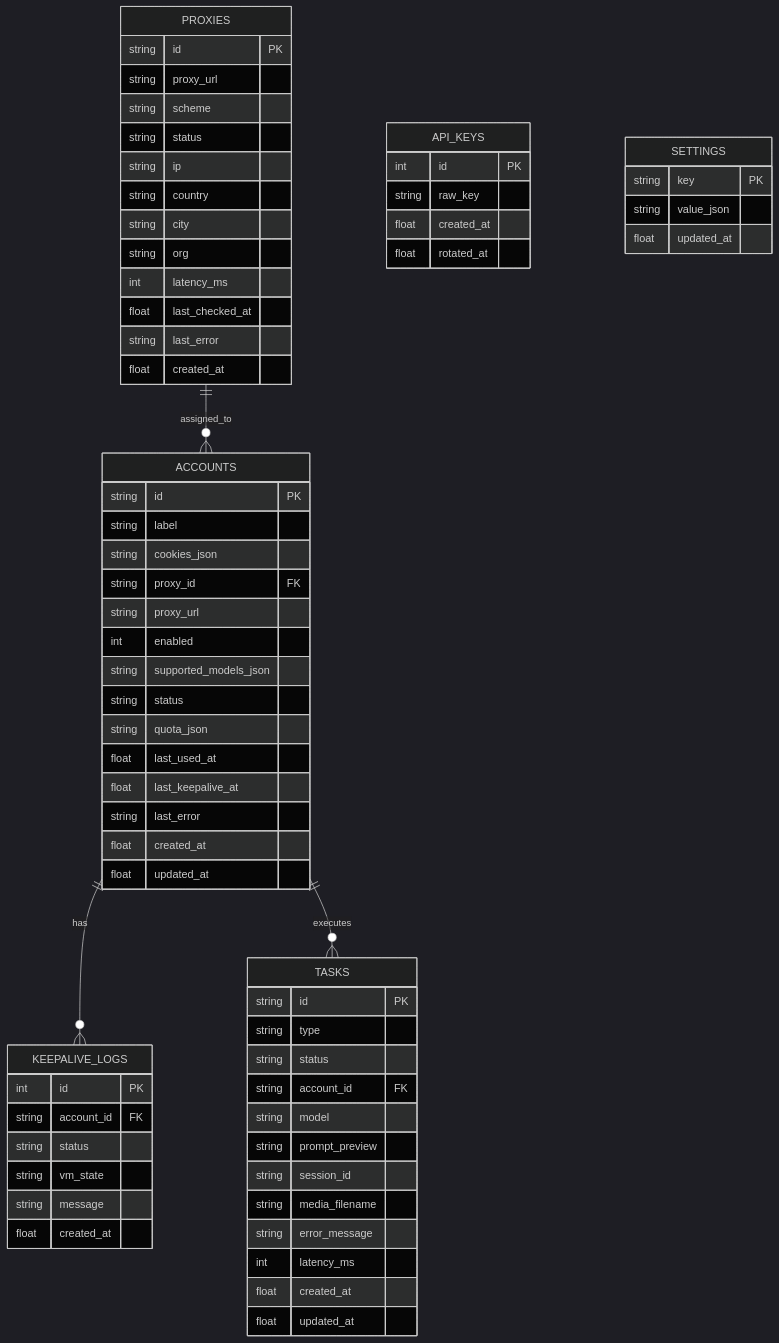
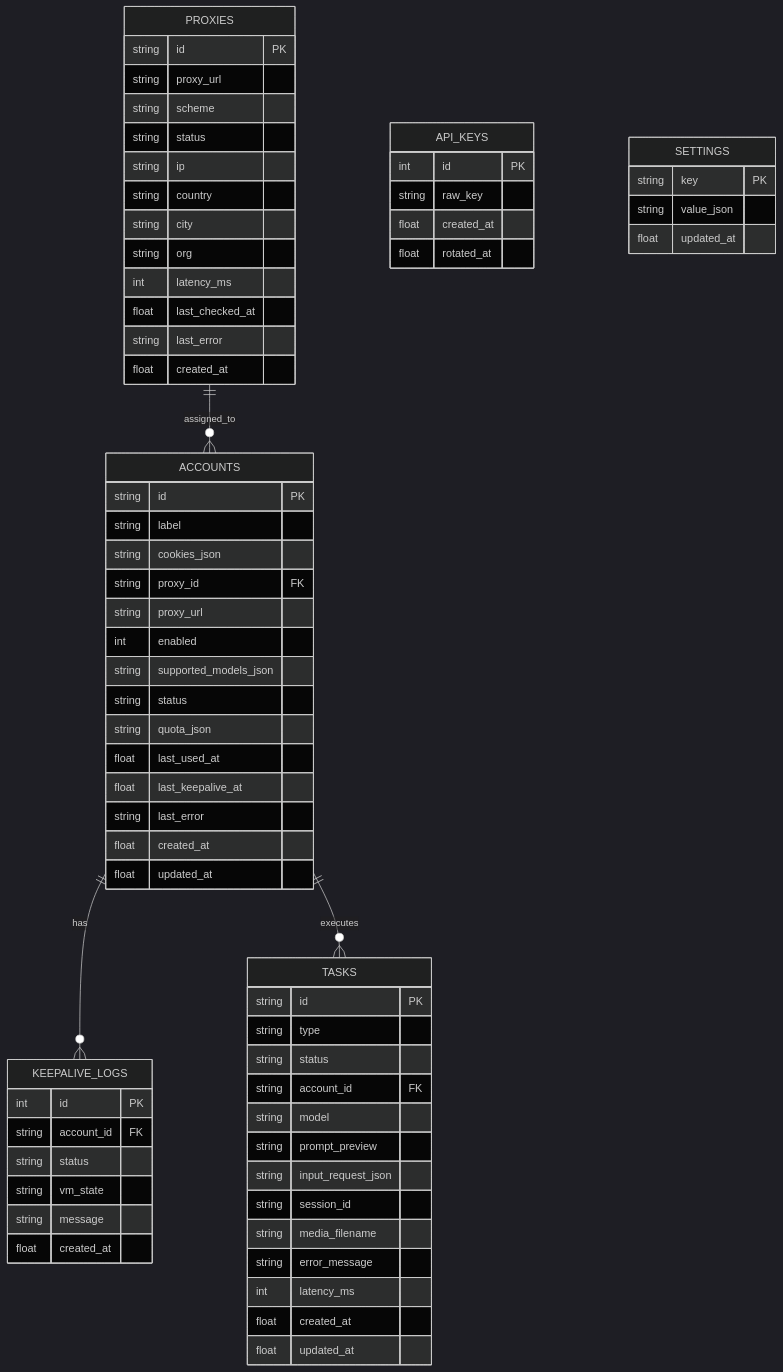
Before and after one commit to nguyenduclong-ict/muse2api: the diagram in docs/02_basic_design/02_database/erd.md, drawn with Mermaid (dark theme). The commit also changed 5 other files, not shown here.

First line of the commit message:
docs(tasks): specify input request persistence and task detail modal

````diff
--- a/docs/02_basic_design/02_database/erd.md
+++ b/docs/02_basic_design/02_database/erd.md
@@ -5,75 +5,76 @@
 ```mermaid
 erDiagram
     PROXIES {
         string id PK
         string proxy_url
         string scheme
         string status
         string ip
         string country
         string city
         string org
         int latency_ms
         float last_checked_at
         string last_error
         float created_at
     }
 
     ACCOUNTS {
         string id PK
         string label
         string cookies_json
         string proxy_id FK
         string proxy_url
         int enabled
         string supported_models_json
         string status
         string quota_json
         float last_used_at
         float last_keepalive_at
         string last_error
         float created_at
         float updated_at
     }
 
     KEEPALIVE_LOGS {
         int id PK
         string account_id FK
         string status
         string vm_state
         string message
         float created_at
     }
 
     TASKS {
         string id PK
         string type
         string status
         string account_id FK
         string model
         string prompt_preview
+        string input_request_json
         string session_id
         string media_filename
         string error_message
         int latency_ms
         float created_at
         float updated_at
     }
 
     API_KEYS {
         int id PK
         string raw_key
         float created_at
         float rotated_at
     }
 
     SETTINGS {
         string key PK
         string value_json
         float updated_at
     }
 
     PROXIES ||--o{ ACCOUNTS : "assigned_to"
     ACCOUNTS ||--o{ KEEPALIVE_LOGS : "has"
     ACCOUNTS ||--o{ TASKS : "executes"
 ```
````
